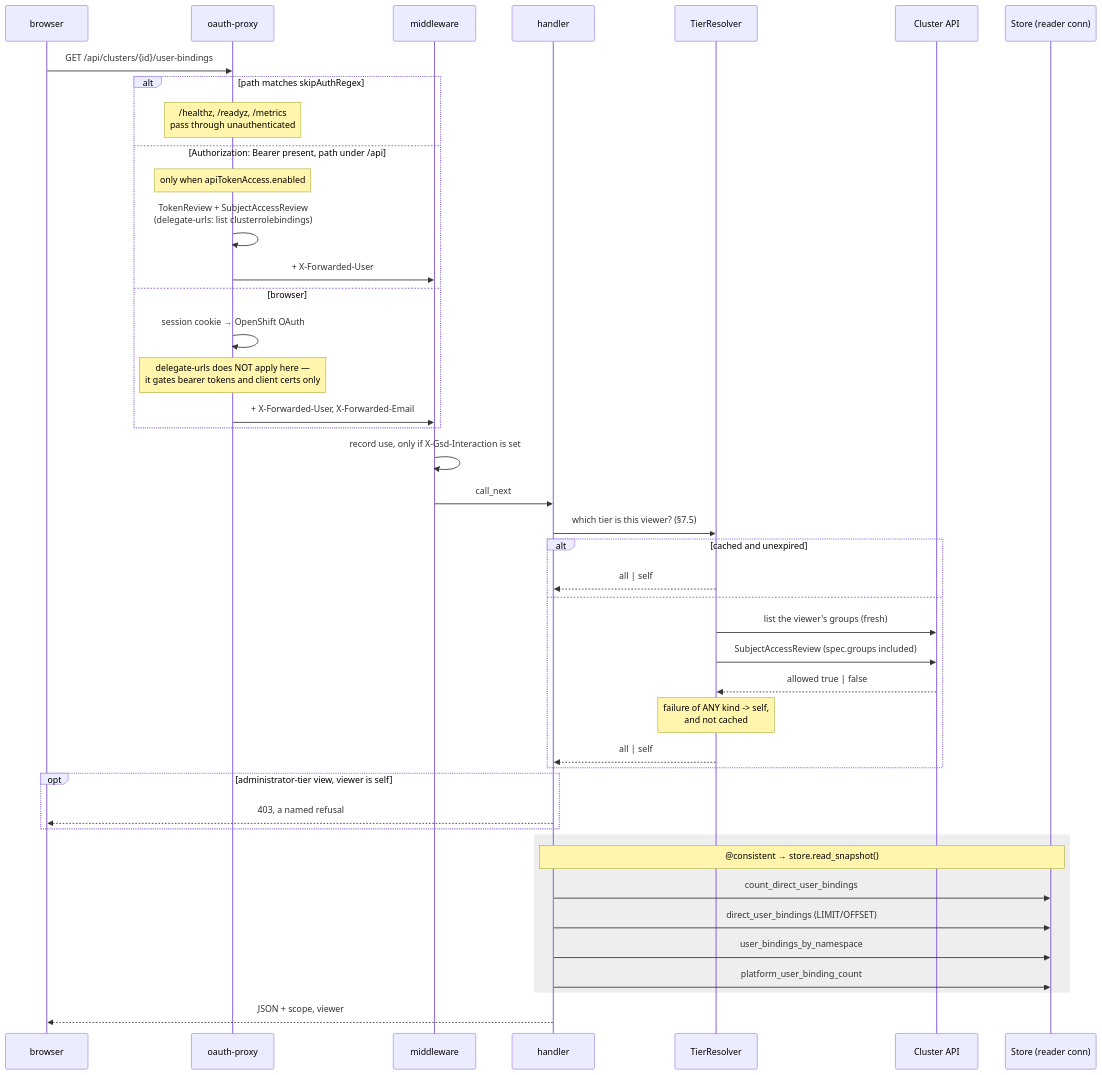
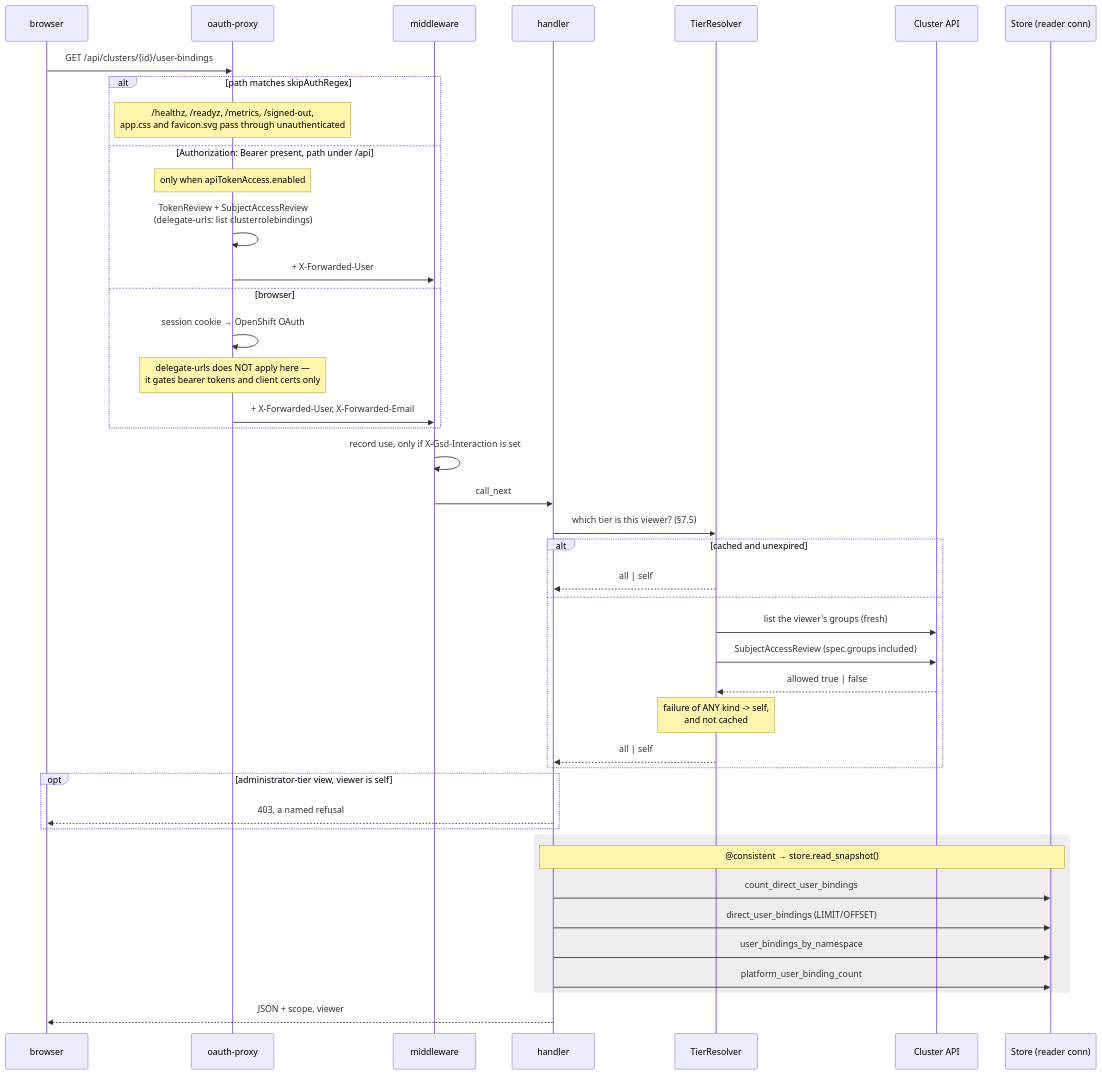
Before and after one commit to ephico2real2/group-sync-dashboard: the fourth of 10 diagrams in docs/guides/reference-architecture.md, drawn with Mermaid. The commit also changed other lines of this file and 2 other files, not shown here.

First line of the commit message:
docs: the reference architecture checked against the code and the lab (audit batch 5)

````diff
--- a/docs/guides/reference-architecture.md
+++ b/docs/guides/reference-architecture.md
@@ -318,46 +324,46 @@
 ```mermaid
 sequenceDiagram
   participant B as browser
   participant P as oauth-proxy
   participant M as middleware
   participant H as handler
   participant T as TierResolver
   participant K as Cluster API
   participant S as Store (reader conn)
 
   B->>P: GET /api/clusters/{id}/user-bindings
   alt path matches skipAuthRegex
-    Note over P: /healthz, /readyz, /metrics<br/>pass through unauthenticated
+    Note over P: /healthz, /readyz, /metrics, /signed-out,<br/>app.css and favicon.svg pass through unauthenticated
   else Authorization: Bearer present, path under /api
     Note over P: only when apiTokenAccess.enabled
     P->>P: TokenReview + SubjectAccessReview<br/>(delegate-urls: list clusterrolebindings)
     P->>M: + X-Forwarded-User
   else browser
     P->>P: session cookie → OpenShift OAuth
     Note over P: delegate-urls does NOT apply here —<br/>it gates bearer tokens and client certs only
     P->>M: + X-Forwarded-User, X-Forwarded-Email
   end
   M->>M: record use, only if X-Gsd-Interaction is set
   M->>H: call_next
   H->>T: which tier is this viewer? (§7.5)
   alt cached and unexpired
     T-->>H: all | self
   else
     T->>K: list the viewer's groups (fresh)
     T->>K: SubjectAccessReview (spec.groups included)
     K-->>T: allowed true | false
     Note over T: failure of ANY kind -> self,<br/>and not cached
     T-->>H: all | self
   end
   opt administrator-tier view, viewer is self
     H-->>B: 403, a named refusal
   end
   rect rgb(238, 238, 238)
     Note over H,S: @consistent → store.read_snapshot()
     H->>S: count_direct_user_bindings
     H->>S: direct_user_bindings (LIMIT/OFFSET)
     H->>S: user_bindings_by_namespace
     H->>S: platform_user_binding_count
   end
   H-->>B: JSON + scope, viewer
 ```
````
